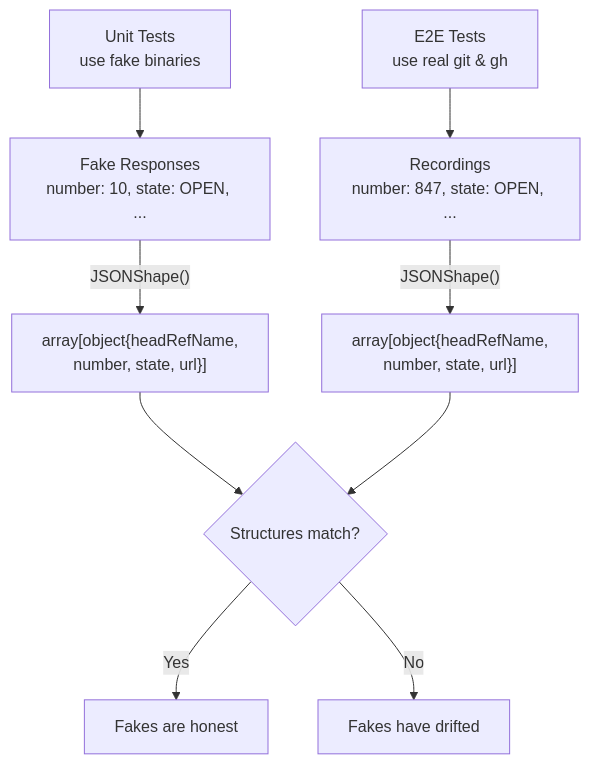
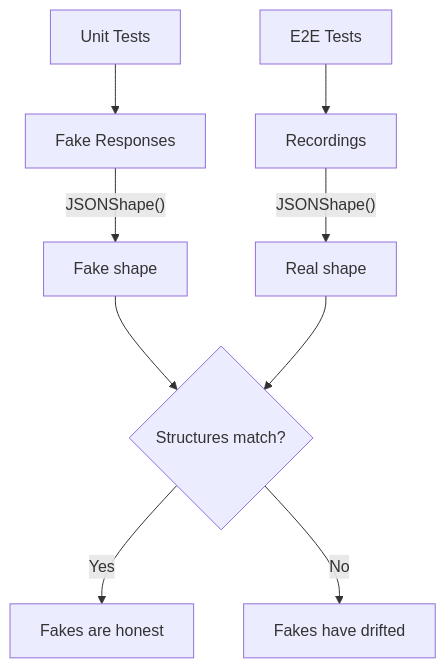
The fourth of 5 diagrams in www/src/content/blog/testing-cli-tools-that-shell-out.mdx (pavelpascari/sdf), drawn with Mermaid before and after one commit. The commit also changed other lines of this file and 2 other files, not shown here.

First line of the commit message:
Fix mermaid diagram text clipping on mobile

````diff
--- a/www/src/content/blog/testing-cli-tools-that-shell-out.mdx
+++ b/www/src/content/blog/testing-cli-tools-that-shell-out.mdx
@@ -326,14 +326,14 @@
 ```mermaid
 graph TD
-    UT["Unit Tests<br/>use fake binaries"] --> FR["Fake Responses<br/>number: 10, state: OPEN, ..."]
-    E2E["E2E Tests<br/>use real git & gh"] --> REC["Recordings<br/>number: 847, state: OPEN, ..."]
+    UT["Unit Tests"] --> FR["Fake Responses"]
+    E2E["E2E Tests"] --> REC["Recordings"]
 
-    FR -->|"JSONShape()"| FS["array[object{headRefName,<br/>number, state, url}]"]
-    REC -->|"JSONShape()"| RS["array[object{headRefName,<br/>number, state, url}]"]
+    FR -->|"JSONShape()"| FS["Fake shape"]
+    REC -->|"JSONShape()"| RS["Real shape"]
 
     FS --> CMP{"Structures match?"}
     RS --> CMP
 
     CMP -->|Yes| OK["Fakes are honest"]
     CMP -->|No| DRIFT["Fakes have drifted"]
 ```
````
